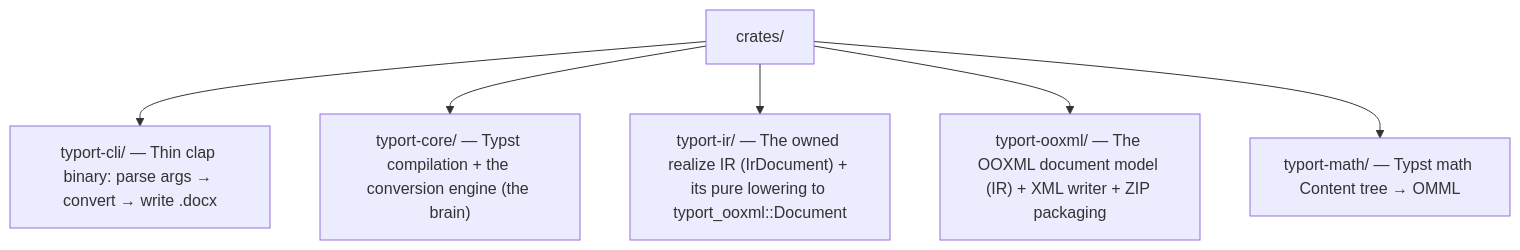
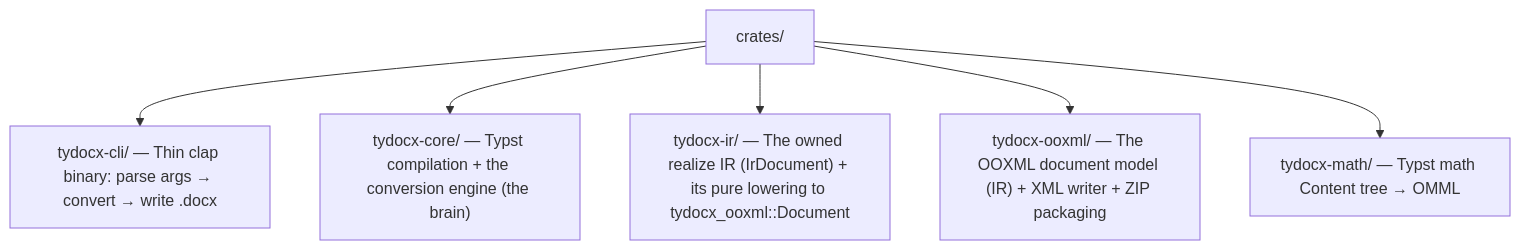
One commit to kwadraten/tydocx changed the second of 2 diagrams in docs/ARCHITECTURE.md. Above: the diagram before and after it, drawn with Mermaid. The commit also changed other lines of this file and 214 other files, not shown here.

First line of the commit message:
chore: rename crates, binary and references typort -> tydocx

````diff
--- a/docs/ARCHITECTURE.md
+++ b/docs/ARCHITECTURE.md
@@ -188,8 +188,8 @@
 ```mermaid
 flowchart TD
-    CRATES["crates/"] --> CLI["typort-cli/ — Thin clap binary: parse args → convert → write .docx"]
-    CRATES --> CORE["typort-core/ — Typst compilation + the conversion engine (the brain)"]
-    CRATES --> IR["typort-ir/ — The owned realize IR (IrDocument) + its pure lowering to typort_ooxml::Document"]
-    CRATES --> OOXML["typort-ooxml/ — The OOXML document model (IR) + XML writer + ZIP packaging"]
-    CRATES --> MATH["typort-math/ — Typst math Content tree → OMML"]
+    CRATES["crates/"] --> CLI["tydocx-cli/ — Thin clap binary: parse args → convert → write .docx"]
+    CRATES --> CORE["tydocx-core/ — Typst compilation + the conversion engine (the brain)"]
+    CRATES --> IR["tydocx-ir/ — The owned realize IR (IrDocument) + its pure lowering to tydocx_ooxml::Document"]
+    CRATES --> OOXML["tydocx-ooxml/ — The OOXML document model (IR) + XML writer + ZIP packaging"]
+    CRATES --> MATH["tydocx-math/ — Typst math Content tree → OMML"]
 ```
````
